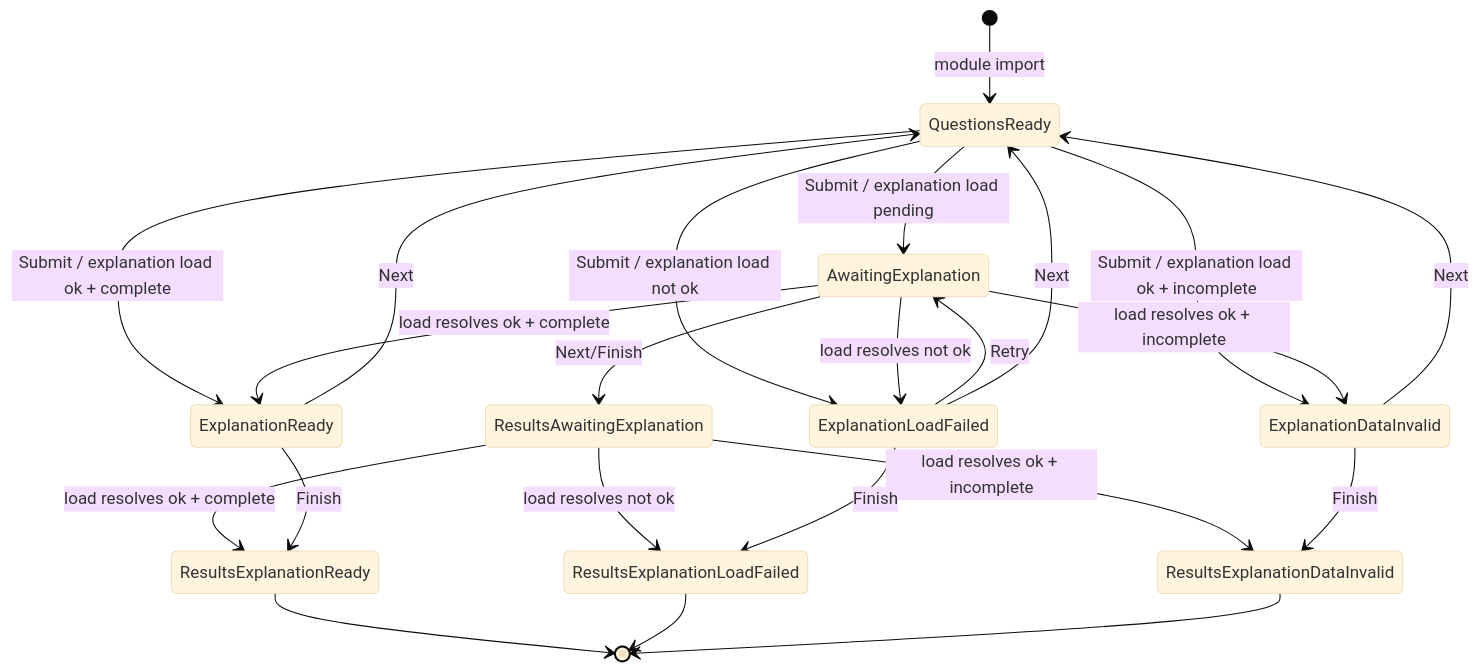
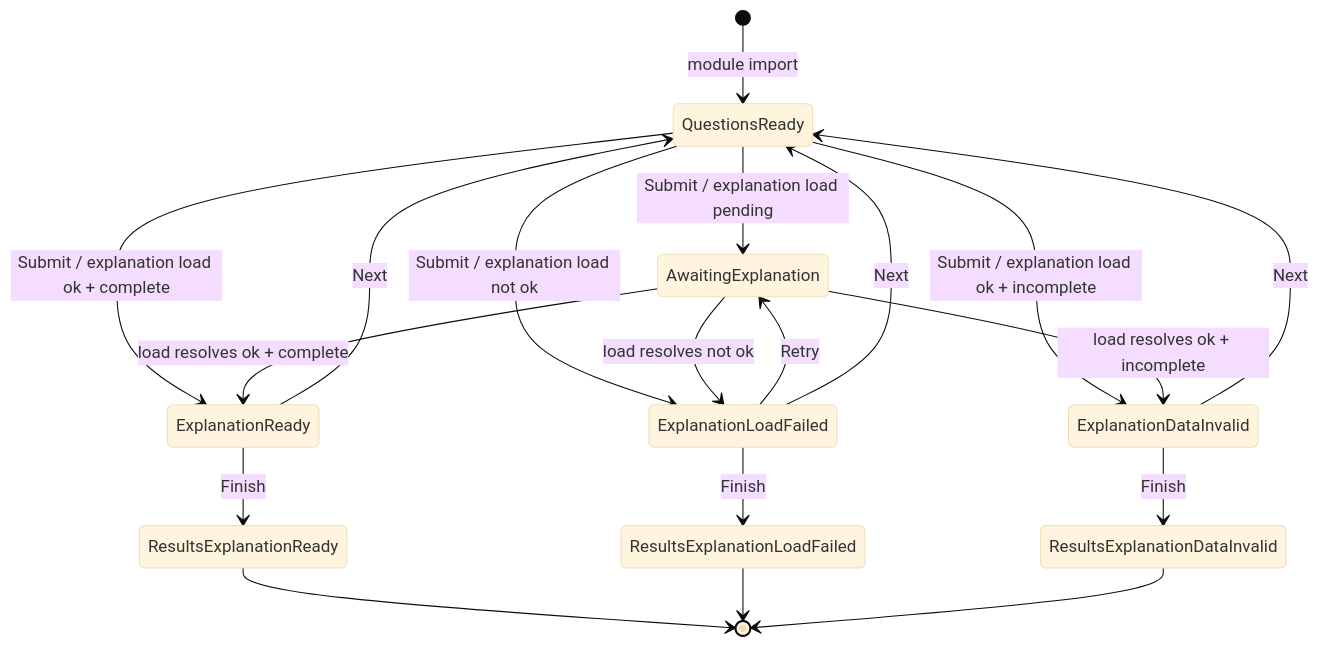
The diagram in prd/architecture/equivalence-quiz.md (GarrettS/pelvis), drawn with Mermaid (base theme) before and after one commit. The commit also changed other lines of this file and 3 other files, not shown here.

Commit message:
Polish README; add master-quiz HLA + lazy-init regression test; trim equiv-quiz diagram

````diff
--- a/prd/architecture/equivalence-quiz.md
+++ b/prd/architecture/equivalence-quiz.md
@@ -3,31 +3,26 @@
 ```mermaid
 stateDiagram-v2
   [*] --> QuestionsReady: module import
 
   QuestionsReady --> AwaitingExplanation: Submit / explanation load pending
   QuestionsReady --> ExplanationReady: Submit / explanation load ok + complete
   QuestionsReady --> ExplanationLoadFailed: Submit / explanation load not ok
   QuestionsReady --> ExplanationDataInvalid: Submit / explanation load ok + incomplete
 
   AwaitingExplanation --> ExplanationReady: load resolves ok + complete
   AwaitingExplanation --> ExplanationLoadFailed: load resolves not ok
   AwaitingExplanation --> ExplanationDataInvalid: load resolves ok + incomplete
-  AwaitingExplanation --> ResultsAwaitingExplanation: Next/Finish
-
-  ResultsAwaitingExplanation --> ResultsExplanationReady: load resolves ok + complete
-  ResultsAwaitingExplanation --> ResultsExplanationLoadFailed: load resolves not ok
-  ResultsAwaitingExplanation --> ResultsExplanationDataInvalid: load resolves ok + incomplete
 
   ExplanationLoadFailed --> AwaitingExplanation: Retry
   ExplanationReady --> QuestionsReady: Next
   ExplanationLoadFailed --> QuestionsReady: Next
   ExplanationDataInvalid --> QuestionsReady: Next
 
   ExplanationReady --> ResultsExplanationReady: Finish
   ExplanationLoadFailed --> ResultsExplanationLoadFailed: Finish
   ExplanationDataInvalid --> ResultsExplanationDataInvalid: Finish
 
   ResultsExplanationReady --> [*]
   ResultsExplanationLoadFailed --> [*]
   ResultsExplanationDataInvalid --> [*]
 ```
````
